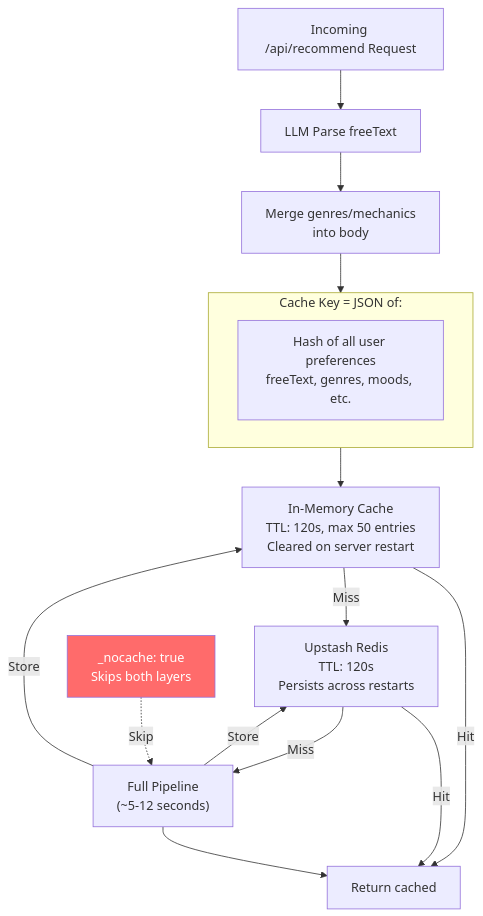
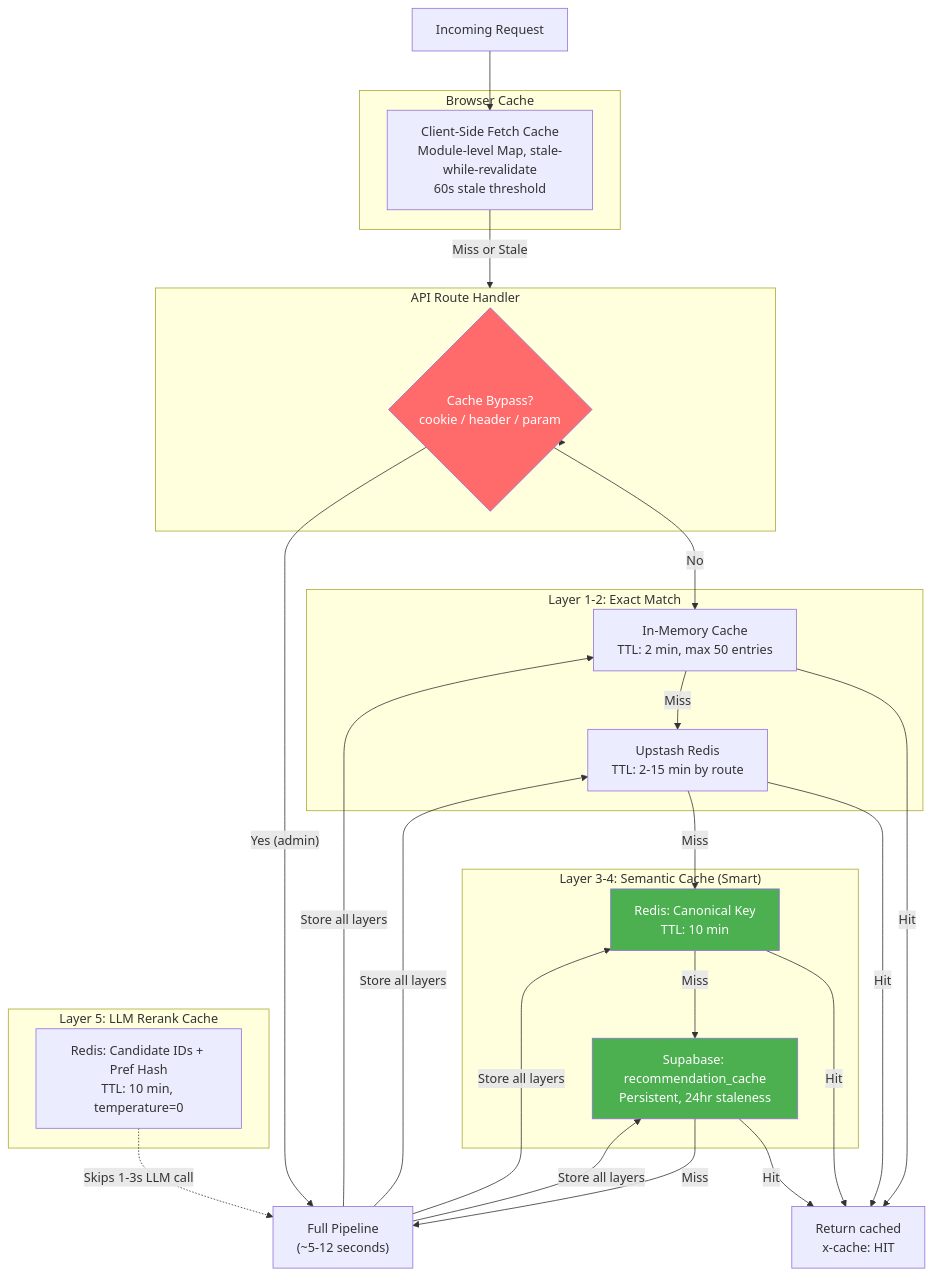
One commit to stopitdan/recommendagame changed the fourth of 7 diagrams in docs/ARCHITECTURE.md. Above: the diagram before and after it, drawn with Mermaid. The commit also changed other lines of this file and 11 other files, not shown here.

````diff
--- a/docs/ARCHITECTURE.md
+++ b/docs/ARCHITECTURE.md
@@ -182,30 +201,48 @@
 ```mermaid
 flowchart TD
-    REQ["Incoming /api/recommend Request"]
+    REQ["Incoming Request"]
 
-    LLM_P["LLM Parse freeText"]
-    MERGE_G["Merge genres/mechanics<br/>into body"]
-
-    subgraph Key["Cache Key = JSON of:"]
-        K["Hash of all user preferences<br/>freeText, genres, moods, etc."]
+    subgraph Client["Browser Cache"]
+        CC["Client-Side Fetch Cache<br/>Module-level Map, stale-while-revalidate<br/>60s stale threshold"]
     end
 
-    L1["In-Memory Cache<br/>TTL: 120s, max 50 entries<br/>Cleared on server restart"]
-    L2["Upstash Redis<br/>TTL: 120s<br/>Persists across restarts"]
+    subgraph API["API Route Handler"]
+        BYPASS{"Cache Bypass?<br/>cookie / header / param"}
+    end
+
+    subgraph Exact["Layer 1-2: Exact Match"]
+        L1["In-Memory Cache<br/>TTL: 2 min, max 50 entries"]
+        L2["Upstash Redis<br/>TTL: 2-15 min by route"]
+    end
+
+    subgraph Semantic["Layer 3-4: Semantic Cache (Smart)"]
+        SEM_R["Redis: Canonical Key<br/>TTL: 10 min"]
+        SEM_DB["Supabase: recommendation_cache<br/>Persistent, 24hr staleness"]
+    end
+
+    subgraph LLM["Layer 5: LLM Rerank Cache"]
+        RERANK["Redis: Candidate IDs + Pref Hash<br/>TTL: 10 min, temperature=0"]
+    end
 
     ENGINE["Full Pipeline<br/>(~5-12 seconds)"]
 
-    BYPASS["_nocache: true<br/>Skips both layers"]
-
-    REQ --> LLM_P --> MERGE_G --> Key
-    Key --> L1
-    L1 -->|Hit| RETURN["Return cached"]
+    REQ --> CC
+    CC -->|Miss or Stale| API
+    API --> BYPASS
+    BYPASS -->|No| L1
+    BYPASS -->|"Yes (admin)"| ENGINE
+    L1 -->|Hit| RETURN["Return cached<br/>x-cache: HIT"]
     L1 -->|Miss| L2
     L2 -->|Hit| RETURN
-    L2 -->|Miss| ENGINE
-    ENGINE -->|Store| L1 & L2
-    ENGINE --> RETURN
-    BYPASS -.->|Skip| ENGINE
+    L2 -->|Miss| SEM_R
+    SEM_R -->|Hit| RETURN
+    SEM_R -->|Miss| SEM_DB
+    SEM_DB -->|Hit| RETURN
+    SEM_DB -->|Miss| ENGINE
+    ENGINE -->|Store all layers| L1 & L2 & SEM_R & SEM_DB
+    RERANK -.->|"Skips 1-3s LLM call"| ENGINE
 
     style BYPASS fill:#ff6b6b,color:#fff
+    style SEM_R fill:#4CAF50,color:#fff
+    style SEM_DB fill:#4CAF50,color:#fff
 ```
````
